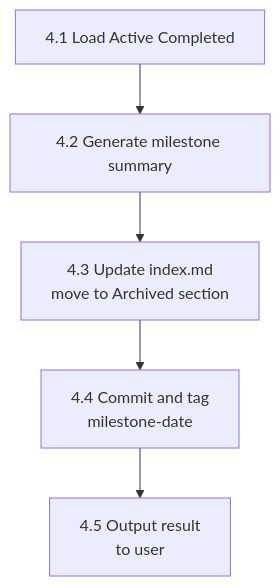
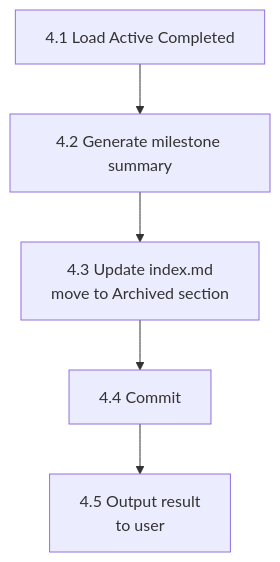
One commit to GOODDAYDAY/my-skills changed the fourth of 4 diagrams in req-archive/SKILL.md. Above: the diagram before and after it, drawn with Mermaid. The commit also changed other lines of this file and 19 other files, not shown here.

````diff
--- a/req-archive/SKILL.md
+++ b/req-archive/SKILL.md
@@ -51,7 +51,7 @@
 ```mermaid
 flowchart TD
     A[4.1 Load Active Completed] --> B[4.2 Generate milestone summary]
     B --> C[4.3 Update index.md\nmove to Archived section]
-    C --> D[4.4 Commit and tag\nmilestone-date]
+    C --> D[4.4 Commit]
     D --> E[4.5 Output result\nto user]
 ```
````
